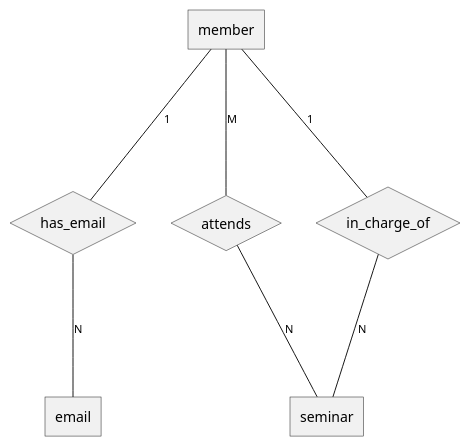
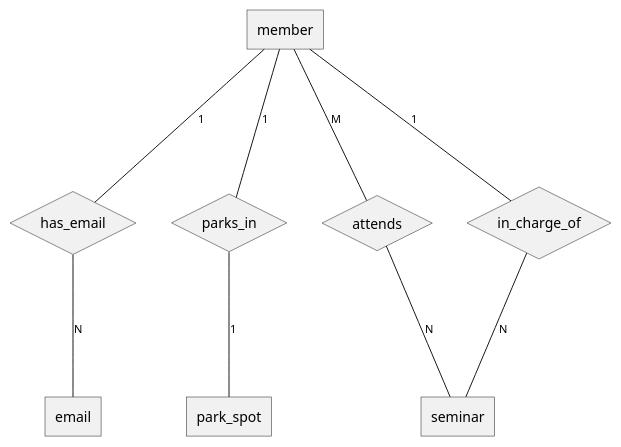
Before and after one commit to adam-neeley/db-design: the diagram in hw/04/er.puml, drawn with PlantUML.

```diff
--- a/hw/04/er.puml
+++ b/hw/04/er.puml
@@ -1,25 +1,32 @@
 @startchen
 entity member {
 }
 entity email {
 }
 entity seminar {
 }
+entity park_spot {
+}
 
 relationship has_email {
 }
 relationship attends {
+}
+relationship parks_in {
 }
 relationship in_charge_of {
 }
 
 member -1- has_email
 has_email -N- email
 
 member -M- attends
 attends -N- seminar
 
 member -1- in_charge_of
 in_charge_of -N- seminar
 
+member -1- parks_in
+parks_in -1- park_spot
+
 @endchen
```
